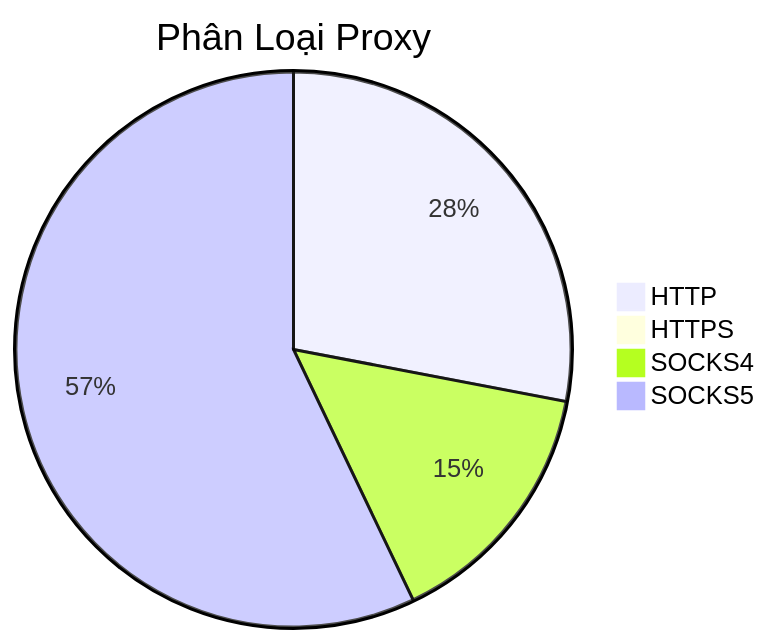
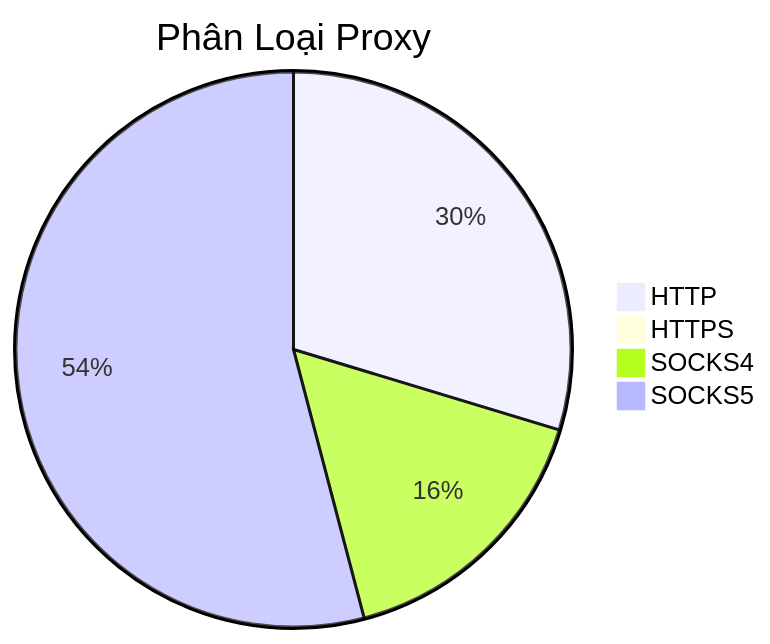
The diagram in README.md (Ciara-Aa/PROXY-free), drawn with Mermaid before and after one commit. The commit also changed other lines of this file and 4 other files, not shown here.

````diff
--- a/README.md
+++ b/README.md
@@ -26,7 +26,7 @@
 ```mermaid
 pie title Phân Loại Proxy
-    "HTTP" : 389
+    "HTTP" : 406
     "HTTPS" : 2
-    "SOCKS4" : 207
-    "SOCKS5" : 793
+    "SOCKS4" : 222
+    "SOCKS5" : 740
 ```
````
